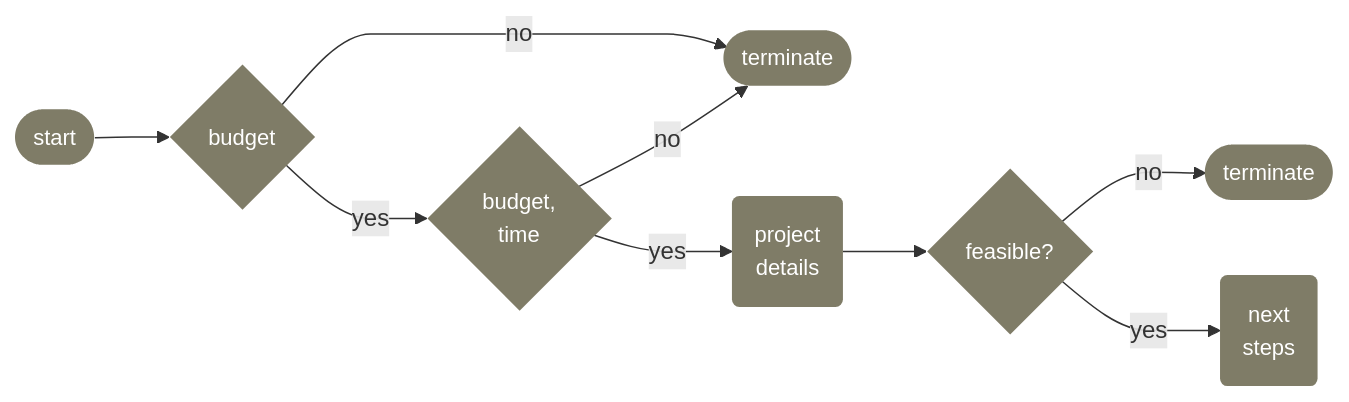
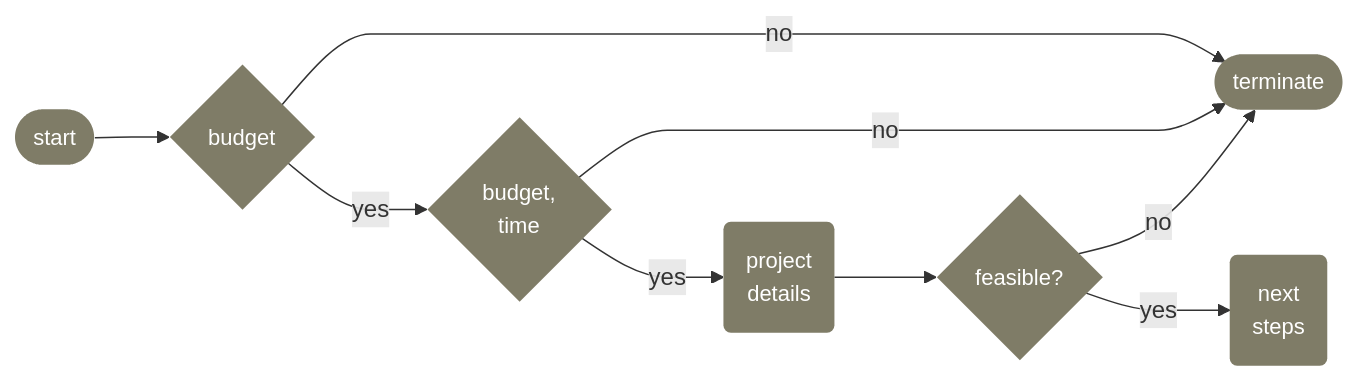
Before and after one commit to thereferences/systems: the diagram in docs/source/introduction/introduction.md, drawn with Mermaid. The commit also changed other lines of this file, not shown here.

````diff
--- a/docs/source/introduction/introduction.md
+++ b/docs/source/introduction/introduction.md
@@ -7,14 +5,14 @@
 ```{mermaid}
 %%{ init: { 'flowchart': { 'curve': 'monotoneX'} } }%%
 flowchart LR    
     id0([start]) --> id1{<span title="Does the potential project have a budget?">budget</span>} 
     id1 -- yes --> id2{<span title="Is the budget, project timebox, and the collaboration commitment plausible?">budget,<br>time</span>}
     id1 -- no --> id3([terminate])
     id2 -- no --> id3
     id2 -- yes --> id5(<span title="The project scope/design details">project<br>details</span>)
     id5 --> id6{<span title="Is the potential project addressable via machine learning, technically feasible, and economically viable?">feasible?</span>}
-    id6 -- no --> id7([terminate])
+    id6 -- no --> id3
     id6 -- yes --> id8(next <br> steps)
     
     classDef default fill:#7f7c67,stroke:#7f7c67,stroke-width:0px,color:#ffffff,font-size:11pt;
 ```
````
